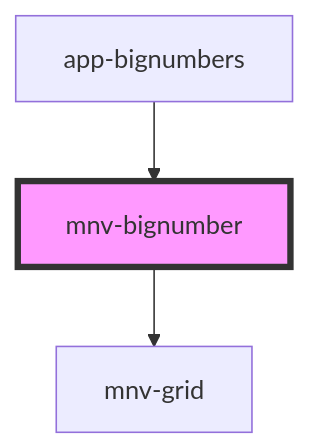
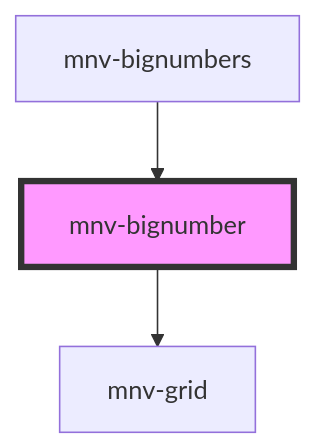
Before and after one commit to rafaela-vairo/ufrj-sustainable: the diagram in src/components/layout/mnv-bignumber/readme.md, drawn with Mermaid. The commit also changed other lines of this file and 47 other files, not shown here.

````diff
--- a/src/components/layout/mnv-bignumber/readme.md
+++ b/src/components/layout/mnv-bignumber/readme.md
@@ -19,6 +19,6 @@
 ```mermaid
 graph TD;
   mnv-bignumber --> mnv-grid
-  app-bignumbers --> mnv-bignumber
+  mnv-bignumbers --> mnv-bignumber
   style mnv-bignumber fill:#f9f,stroke:#333,stroke-width:4px
 ```
````
